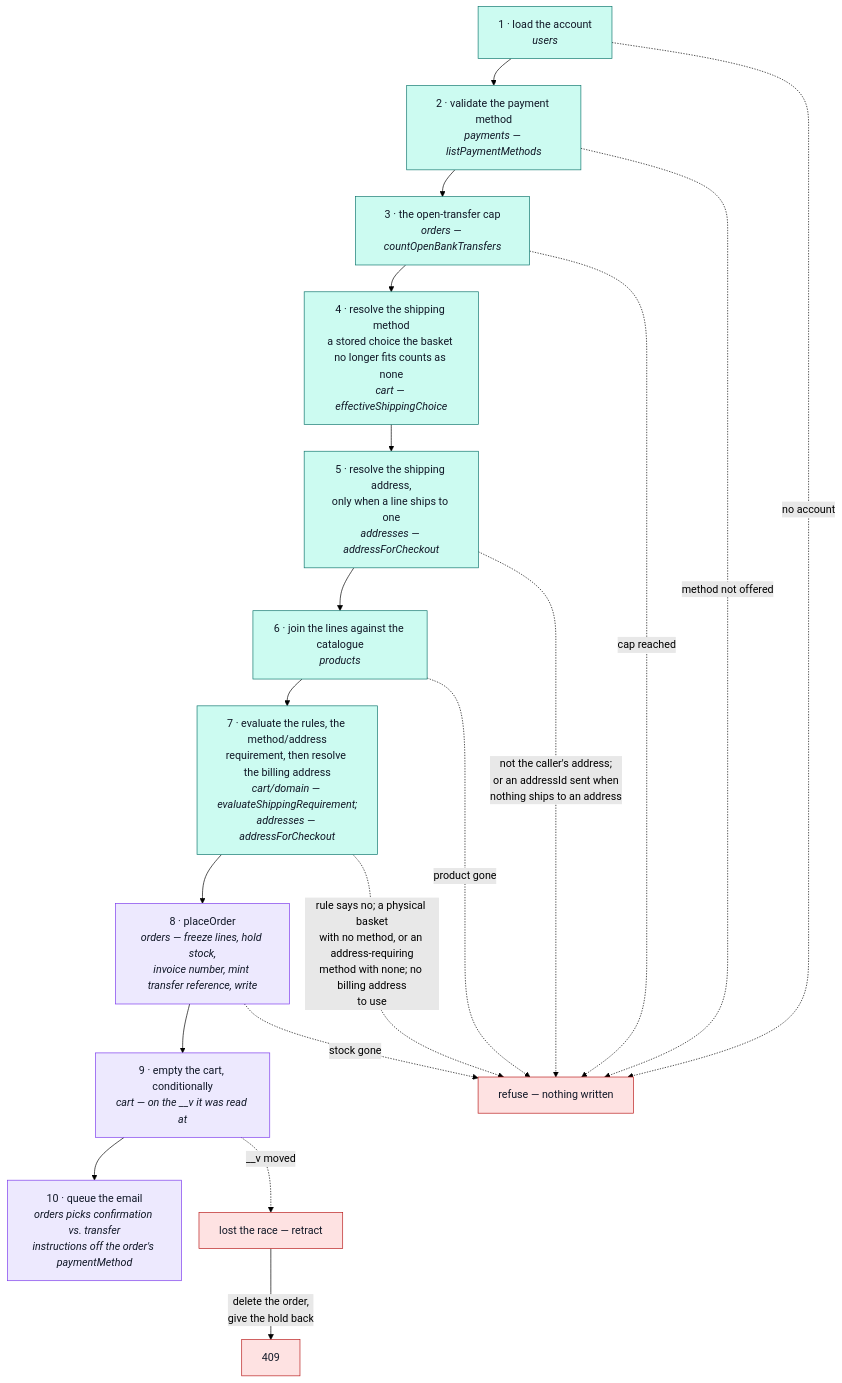
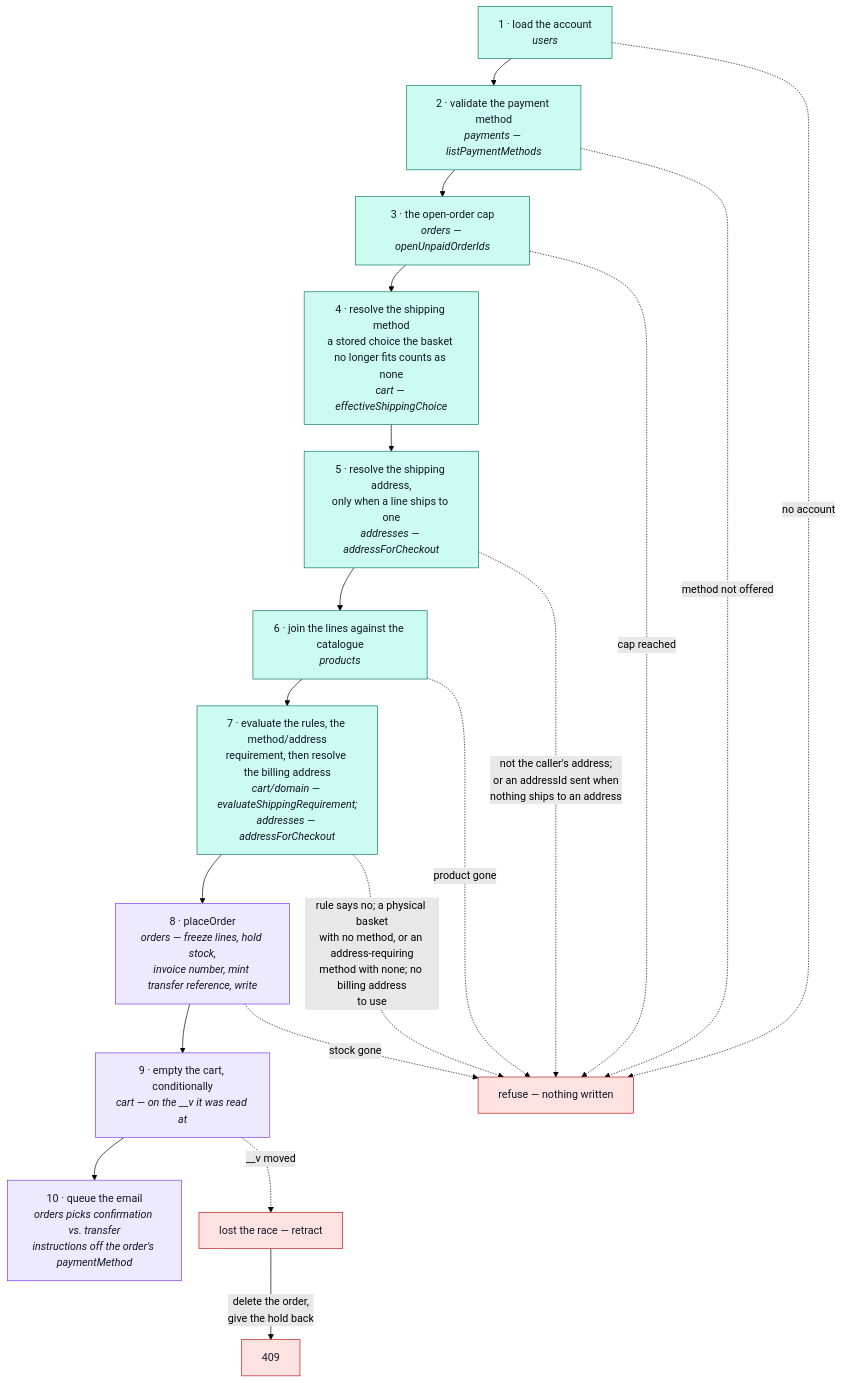
The diagram in docs/modules/cart-checkout.md (Guebbit/boilerplate-node-backend), drawn with Mermaid (forest theme) before and after one commit. The commit also changed other lines of this file and 27 other files, not shown here.

First line of the commit message:
feat(cart): cap unpaid orders for every method, units per line, and the card hold

````diff
--- a/docs/modules/cart-checkout.md
+++ b/docs/modules/cart-checkout.md
@@ -25,33 +25,33 @@
 ```mermaid
 %%{init: {'flowchart': {'nodeSpacing': 26, 'rankSpacing': 40}}}%%
 flowchart TD
     A["1 · load the account<br/><i>users</i>"] --> P["2 · validate the payment method<br/><i>payments — listPaymentMethods</i>"]
-    P --> Q["3 · the open-transfer cap<br/><i>orders — countOpenBankTransfers</i>"]
+    P --> Q["3 · the open-order cap<br/><i>orders — openUnpaidOrderIds</i>"]
     Q --> B["4 · resolve the shipping method<br/>a stored choice the basket no longer fits counts as none<br/><i>cart — effectiveShippingChoice</i>"]
     B --> C["5 · resolve the shipping address,<br/>only when a line ships to one<br/><i>addresses — addressForCheckout</i>"]
     C --> D["6 · join the lines against the catalogue<br/><i>products</i>"]
     D --> E["7 · evaluate the rules, the method/address<br/>requirement, then resolve the billing address<br/><i>cart/domain — evaluateShippingRequirement;<br/>addresses — addressForCheckout</i>"]
     E --> F["8 · placeOrder<br/><i>orders — freeze lines, hold stock,<br/>invoice number, mint transfer reference, write</i>"]
     F --> H["9 · empty the cart, conditionally<br/><i>cart — on the __v it was read at</i>"]
     H --> I["10 · queue the email<br/><i>orders picks confirmation vs. transfer<br/>instructions off the order's paymentMethod</i>"]
 
     R["refuse — nothing written"]
     A -.->|"no account"| R
     P -.->|"method not offered"| R
     Q -.->|"cap reached"| R
         C -.->|"not the caller's address;<br/>or an addressId sent when<br/>nothing ships to an address"| R
     D -.->|"product gone"| R
     E -.->|"rule says no; a physical basket<br/>with no method, or an address-requiring<br/>method with none; no billing address<br/>to use"| R
     F -.->|"stock gone"| R
 
     L["lost the race — retract"]
     H -.->|"__v moved"| L
     L -->|"delete the order,<br/>give the hold back"| M["409"]
 
     classDef read fill:#ccfbf1,stroke:#0f766e,color:#111827;
     classDef write fill:#ede9fe,stroke:#7c3aed,color:#111827;
     classDef bad fill:#fee2e2,stroke:#b91c1c,color:#111827;
     class A,P,Q,B,C,D,E read;
     class F,H,I write;
     class R,L,M bad;
 ```
````
